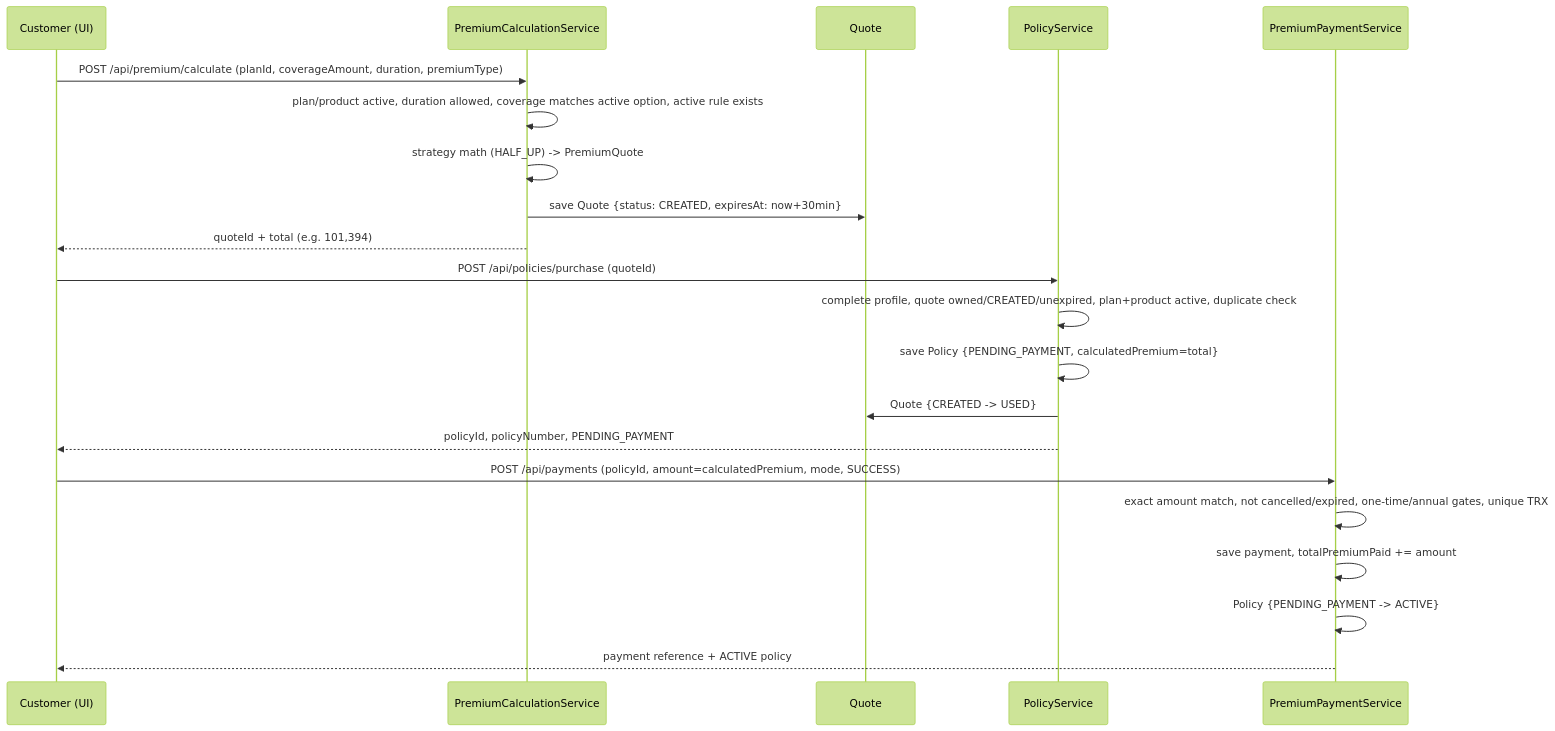
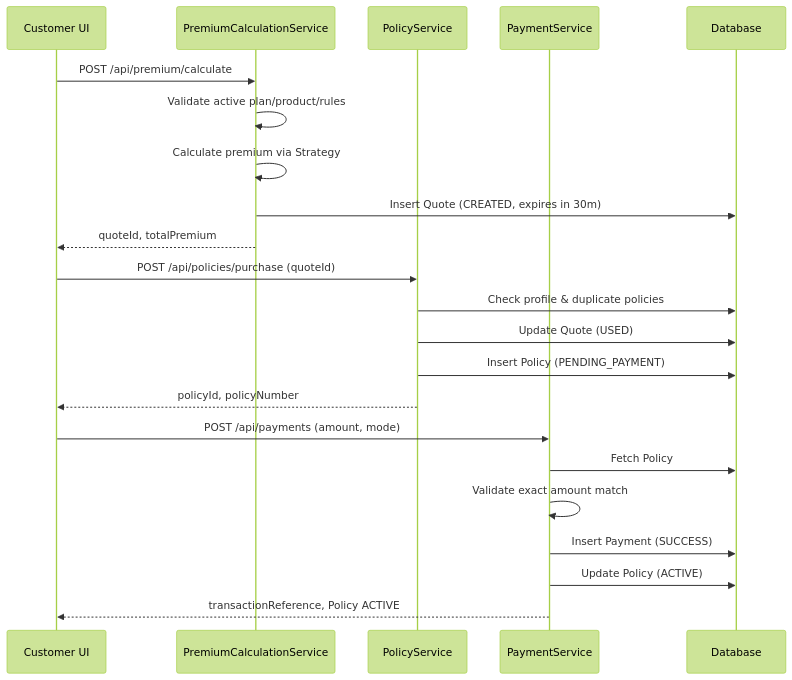
Before and after one commit to Gurry-12/insurance-policy-claim-capstone-project: the third of 3 diagrams in docs/08_Workflows/Purchase_Flow.md, drawn with Mermaid (forest theme). The commit also changed other lines of this file and 86 other files, not shown here.

````diff
--- a/docs/08_Workflows/Purchase_Flow.md
+++ b/docs/08_Workflows/Purchase_Flow.md
@@ -106,24 +82,30 @@
 ```mermaid
 sequenceDiagram
-    participant C as Customer (UI)
-    participant P as PremiumCalculationService
-    participant Q as Quote
-    participant PO as PolicyService
-    participant PY as PremiumPaymentService
+    participant C as Customer UI
+    participant Q as PremiumCalculationService
+    participant P as PolicyService
+    participant Y as PaymentService
+    participant DB as Database
 
-    C->>P: POST /api/premium/calculate (planId, coverageAmount, duration, premiumType)
-    P->>P: plan/product active, duration allowed, coverage matches active option, active rule exists
-    P->>P: strategy math (HALF_UP) -> PremiumQuote
-    P->>Q: save Quote {status: CREATED, expiresAt: now+30min}
-    P-->>C: quoteId + total (e.g. 101,394)
-    C->>PO: POST /api/policies/purchase (quoteId)
-    PO->>PO: complete profile, quote owned/CREATED/unexpired, plan+product active, duplicate check
-    PO->>PO: save Policy {PENDING_PAYMENT, calculatedPremium=total}
-    PO->>Q: Quote {CREATED -> USED}
-    PO-->>C: policyId, policyNumber, PENDING_PAYMENT
-    C->>PY: POST /api/payments (policyId, amount=calculatedPremium, mode, SUCCESS)
-    PY->>PY: exact amount match, not cancelled/expired, one-time/annual gates, unique TRX
-    PY->>PY: save payment, totalPremiumPaid += amount
-    PY->>PY: Policy {PENDING_PAYMENT -> ACTIVE}
-    PY-->>C: payment reference + ACTIVE policy
+    %% Stage 1: Quote
+    C->>Q: POST /api/premium/calculate
+    Q->>Q: Validate active plan/product/rules
+    Q->>Q: Calculate premium via Strategy
+    Q->>DB: Insert Quote (CREATED, expires in 30m)
+    Q-->>C: quoteId, totalPremium
+
+    %% Stage 2: Purchase
+    C->>P: POST /api/policies/purchase (quoteId)
+    P->>DB: Check profile & duplicate policies
+    P->>DB: Update Quote (USED)
+    P->>DB: Insert Policy (PENDING_PAYMENT)
+    P-->>C: policyId, policyNumber
+
+    %% Stage 3: Payment
+    C->>Y: POST /api/payments (amount, mode)
+    Y->>DB: Fetch Policy
+    Y->>Y: Validate exact amount match
+    Y->>DB: Insert Payment (SUCCESS)
+    Y->>DB: Update Policy (ACTIVE)
+    Y-->>C: transactionReference, Policy ACTIVE
 ```
````
